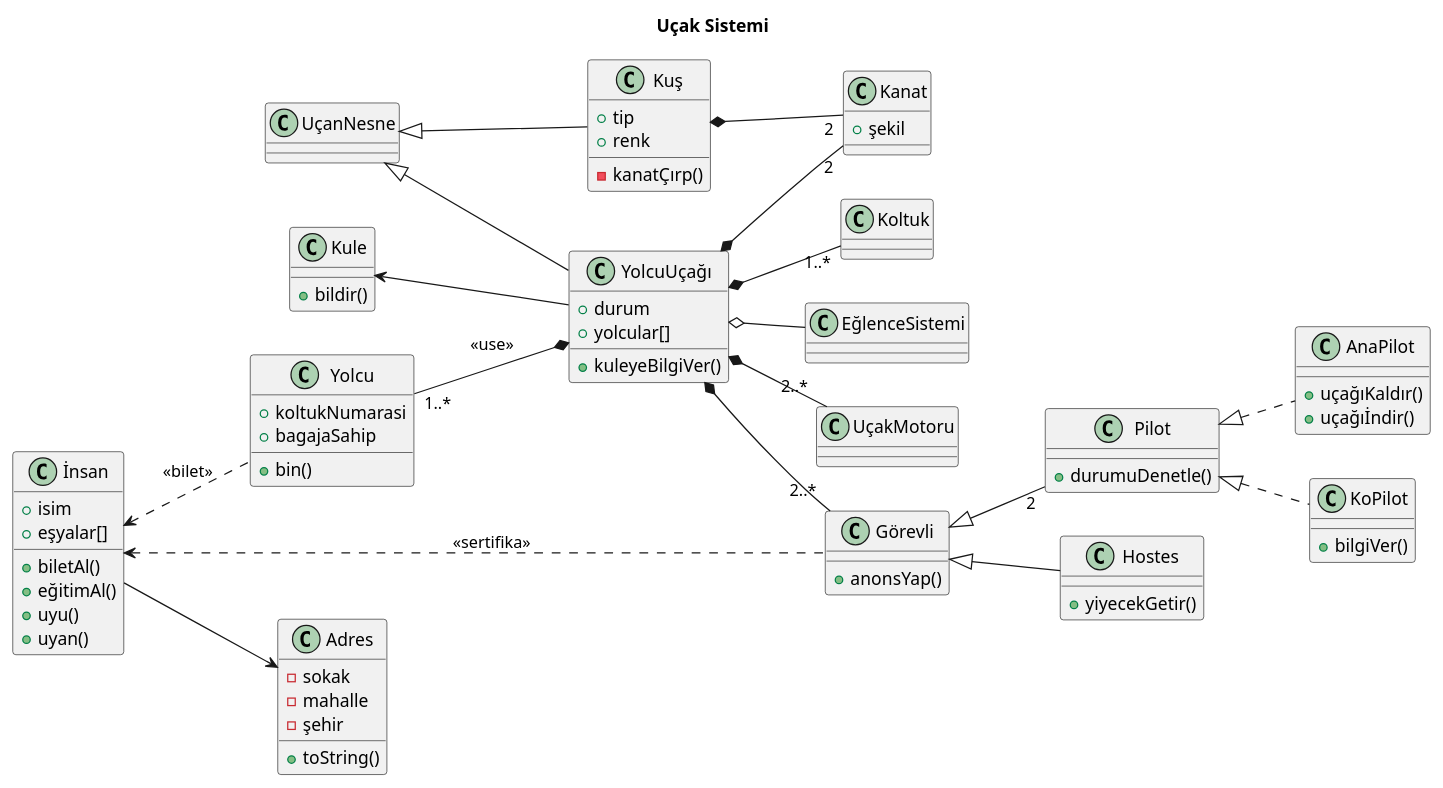
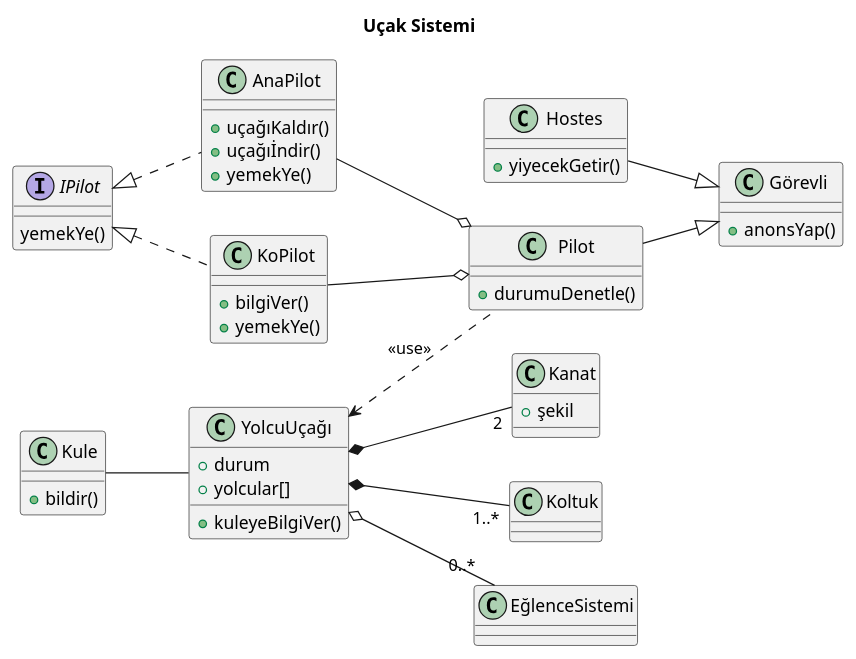
The diagram in UML_Class_diagram/classdiagram.plantuml (atagulalan/typescript-design-patterns), drawn with PlantUML before and after one commit. The commit also changed 2 other files, not shown here.

Commit message:
Updated UML

```diff
--- a/UML_Class_diagram/classdiagram.plantuml
+++ b/UML_Class_diagram/classdiagram.plantuml
@@ -1,93 +1,67 @@
 @startuml
 left to right direction
 
 title Uçak Sistemi
 
-class Kuş {
- +tip
- +renk
- -kanatÇırp()
-}
 
 class Kanat {
  +şekil
 }
 
 class Kule {
   +bildir()
 }
 
 class YolcuUçağı {
   +durum
   +yolcular[]
   +kuleyeBilgiVer()
 }
 
-class Yolcu {
-  +koltukNumarasi
-  +bagajaSahip
-  +bin()
-}
-
-class İnsan {
-  +isim
-  +eşyalar[]
-  +biletAl()
-  +eğitimAl()
-  +uyu()
-  +uyan()
+' İki pilot aynı yemekleri yemezler, bu yüzden bu fonksiyon her pilot için override edilecek. 
+interface IPilot {
+  yemekYe()
 }
 
 class AnaPilot {
   +uçağıKaldır()
   +uçağıİndir()
+  +yemekYe()
 }
 
 class KoPilot {
   +bilgiVer()
+  +yemekYe()
 }
 
 class Pilot {
   +durumuDenetle()
 }
 
 class Hostes {
   +yiyecekGetir()
 }
 
 class Görevli {
   +anonsYap()
 }
 
-class Adres {
-  -sokak
-  -mahalle
-  -şehir
-  +toString()
-}
+YolcuUçağı *-- "1..*" Koltuk
+YolcuUçağı *-- "2" Kanat
+YolcuUçağı o-- "0..*" EğlenceSistemi
 
-Kuş *-- "2" Kanat
+YolcuUçağı <.. Pilot : "<<use>>"
 
-YolcuUçağı *-- "2" Kanat
-YolcuUçağı *-- "2..*" UçakMotoru
-YolcuUçağı *-- "1..*" Koltuk
-YolcuUçağı *-- "2..*" Görevli
-YolcuUçağı o-- EğlenceSistemi
+IPilot <|.. KoPilot
+IPilot <|.. AnaPilot
 
-UçanNesne <|-- Kuş
-UçanNesne <|-- YolcuUçağı
+AnaPilot --o Pilot
+KoPilot --o Pilot
 
-Görevli <|-- Hostes
-Görevli <|-- "2" Pilot
+Pilot --|> Görevli
+Hostes --|> Görevli
 
-Pilot <|.. AnaPilot
-Pilot <|.. KoPilot
+Kule -- YolcuUçağı
 
-Yolcu "1..*" --* YolcuUçağı  : "<<use>>"
-İnsan <.. Yolcu : "<<bilet>>"
-İnsan <.. Görevli : "<<sertifika>>"
-
-Kule <-- YolcuUçağı
-İnsan --> Adres
 
 @enduml
```
